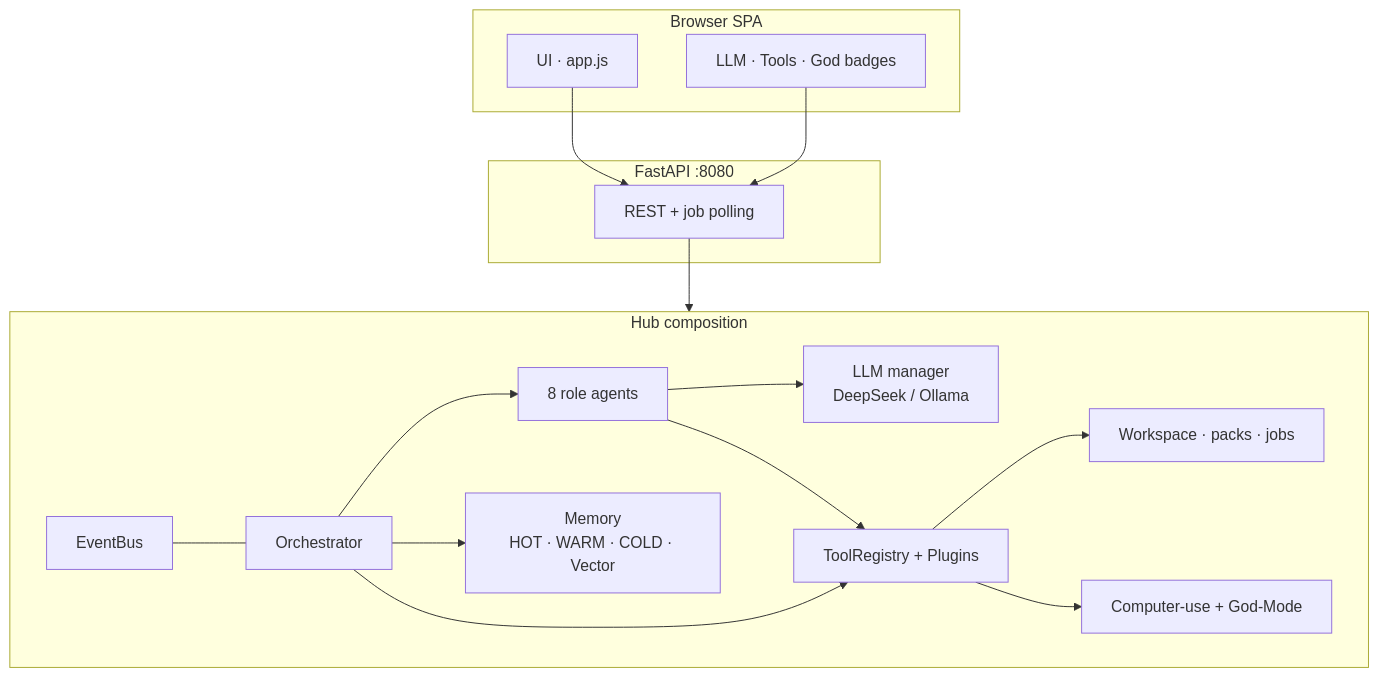
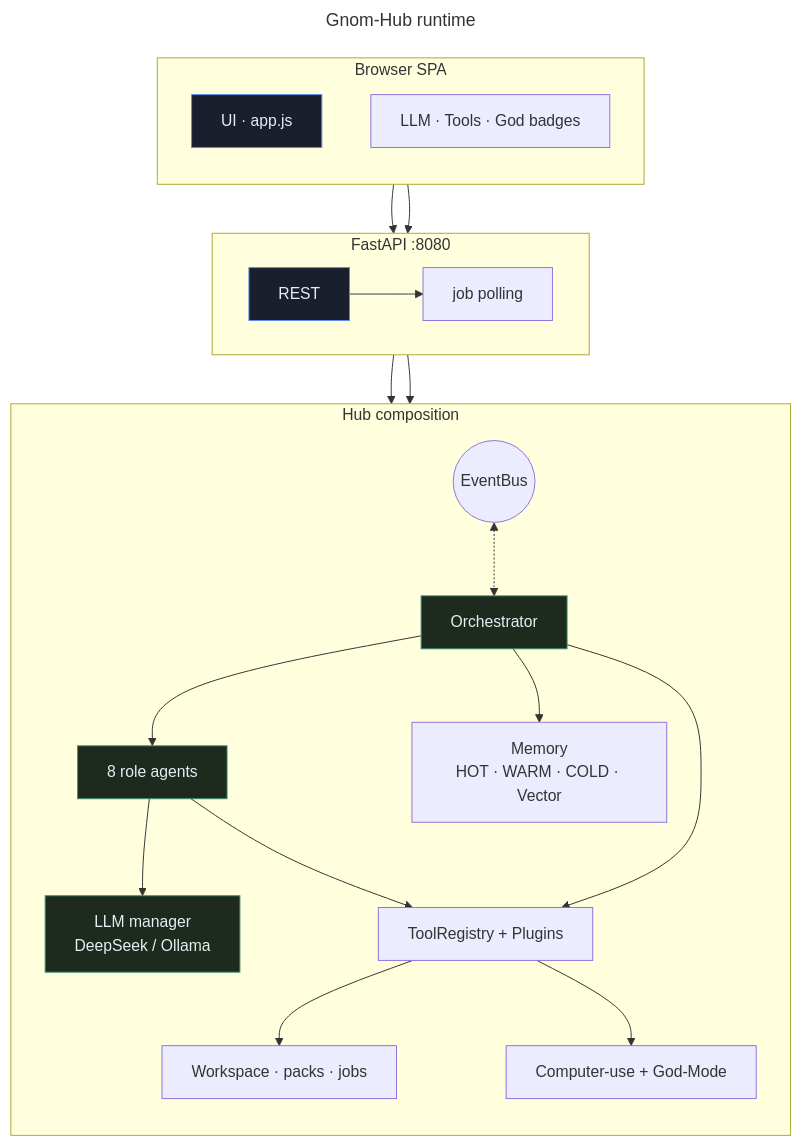
Before and after one commit to landjunge/gnom-hub-v1: the first of 4 diagrams in README.md, drawn with Mermaid. The commit also changed other lines of this file and 3 other files, not shown here.

First line of the commit message:
docs: deepen Mermaid syntax (state, sequence, classDef, guide)

````diff
--- a/README.md
+++ b/README.md
@@ -201,34 +201,48 @@
 ```mermaid
+---
+title: Gnom-Hub runtime
+---
 flowchart TB
   subgraph Client["Browser SPA"]
+    direction TB
     UI["UI · app.js"]
     Badges["LLM · Tools · God badges"]
   end
 
   subgraph API["FastAPI :8080"]
-    REST["REST + job polling"]
+    direction LR
+    REST["REST"]
+    Poll["job polling"]
   end
 
   subgraph Hub["Hub composition"]
-    Bus["EventBus"]
+    direction TB
+    Bus((EventBus))
     Orch["Orchestrator"]
     Agents["8 role agents"]
-    LLM["LLM manager\nDeepSeek / Ollama"]
-    Mem["Memory\nHOT · WARM · COLD · Vector"]
+    LLM["LLM manager<br/>DeepSeek / Ollama"]
+    Mem["Memory<br/>HOT · WARM · COLD · Vector"]
     Tools["ToolRegistry + Plugins"]
     WS["Workspace · packs · jobs"]
     CU["Computer-use + God-Mode"]
   end
 
   UI --> REST
   Badges --> REST
-  REST --> Hub
+  REST --> Poll
+  Poll --> Orch
+  REST --> Orch
+  Bus <-.-> Orch
   Orch --> Agents
   Agents --> LLM
   Orch --> Mem
   Orch --> Tools
   Agents --> Tools
   Tools --> WS
   Tools --> CU
-  Bus --- Orch
+
+  classDef edge fill:#1a1f2e,stroke:#5b8def,color:#e6edf3
+  classDef core fill:#1e2a1e,stroke:#3a8f6e,color:#e6edf3
+  class Orch,Agents,LLM core
+  class UI,REST edge
 ```
````
